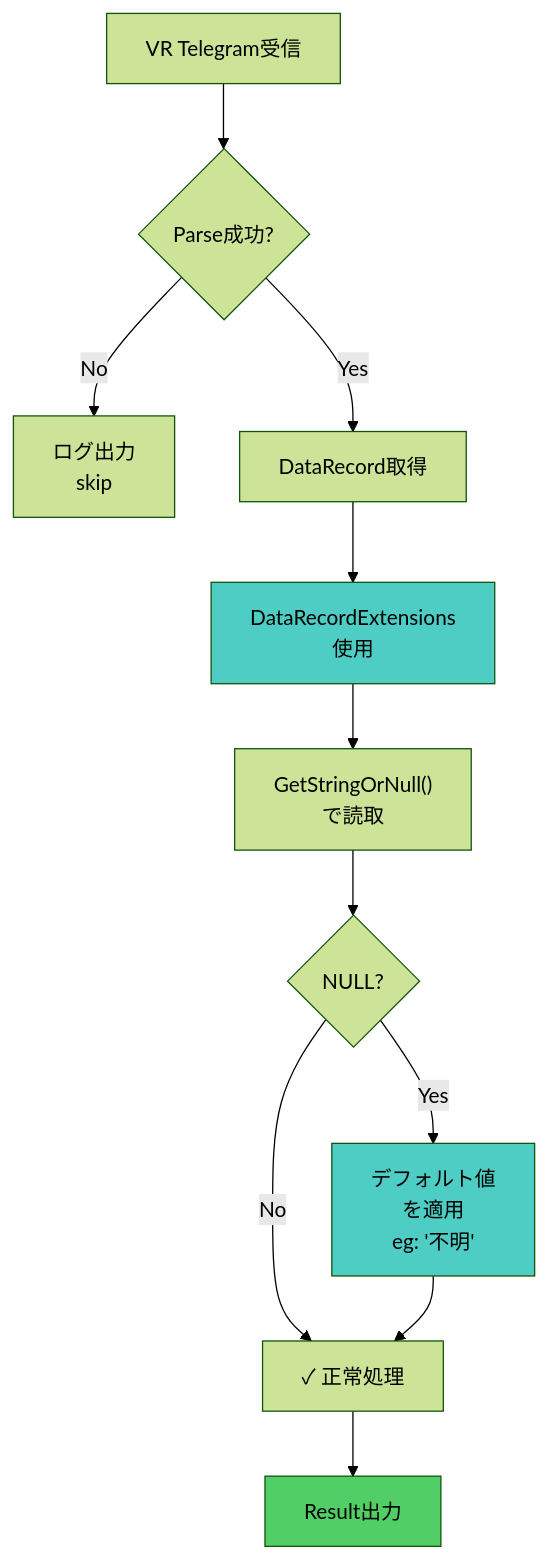
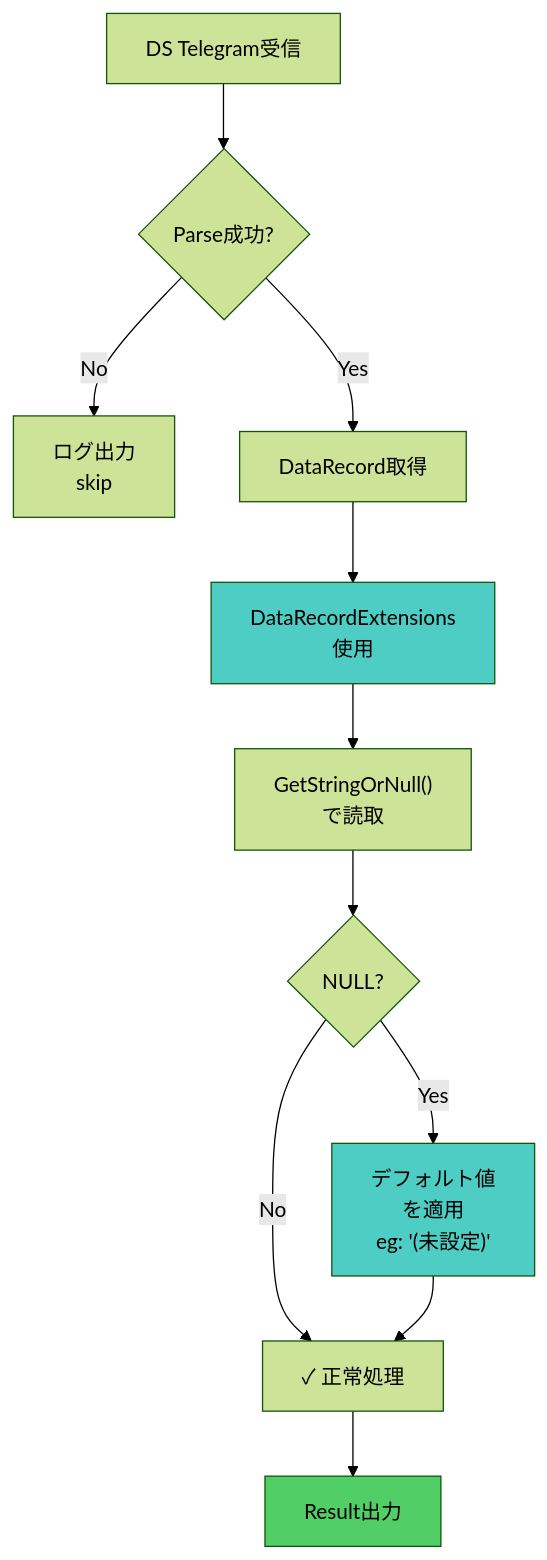
The third of 12 diagrams in skills/shared-references/flowchart-best-practices.md (duwenji/dev-process-skill-library), drawn with Mermaid (forest theme) before and after one commit. The commit also changed other lines of this file and 6 other files, not shown here.

````diff
--- a/skills/shared-references/flowchart-best-practices.md
+++ b/skills/shared-references/flowchart-best-practices.md
@@ -111,28 +111,28 @@
 ```mermaid
 flowchart TD
-    A["VR Telegram受信"]
+    A["DS Telegram受信"]
     B{Parse成功?}
     C["ログ出力<br/>skip"]
     D["DataRecord取得"]
     E["DataRecordExtensions<br/>使用"]
     F["GetStringOrNull()<br/>で読取"]
     G{NULL?}
-    H["デフォルト値<br/>を適用<br/>eg: '不明'"]
+    H["デフォルト値<br/>を適用<br/>eg: '(未設定)'"]
     I["✓ 正常処理"]
     J["Result出力"]
     
     A --> B
     B -->|No| C
     B -->|Yes| D
     D --> E
     E --> F
     F --> G
     G -->|Yes| H
     G -->|No| I
     H --> I
     I --> J
     
     style E fill:#4ECDC4
     style H fill:#4ECDC4
     style J fill:#51CF66
 ```
````
